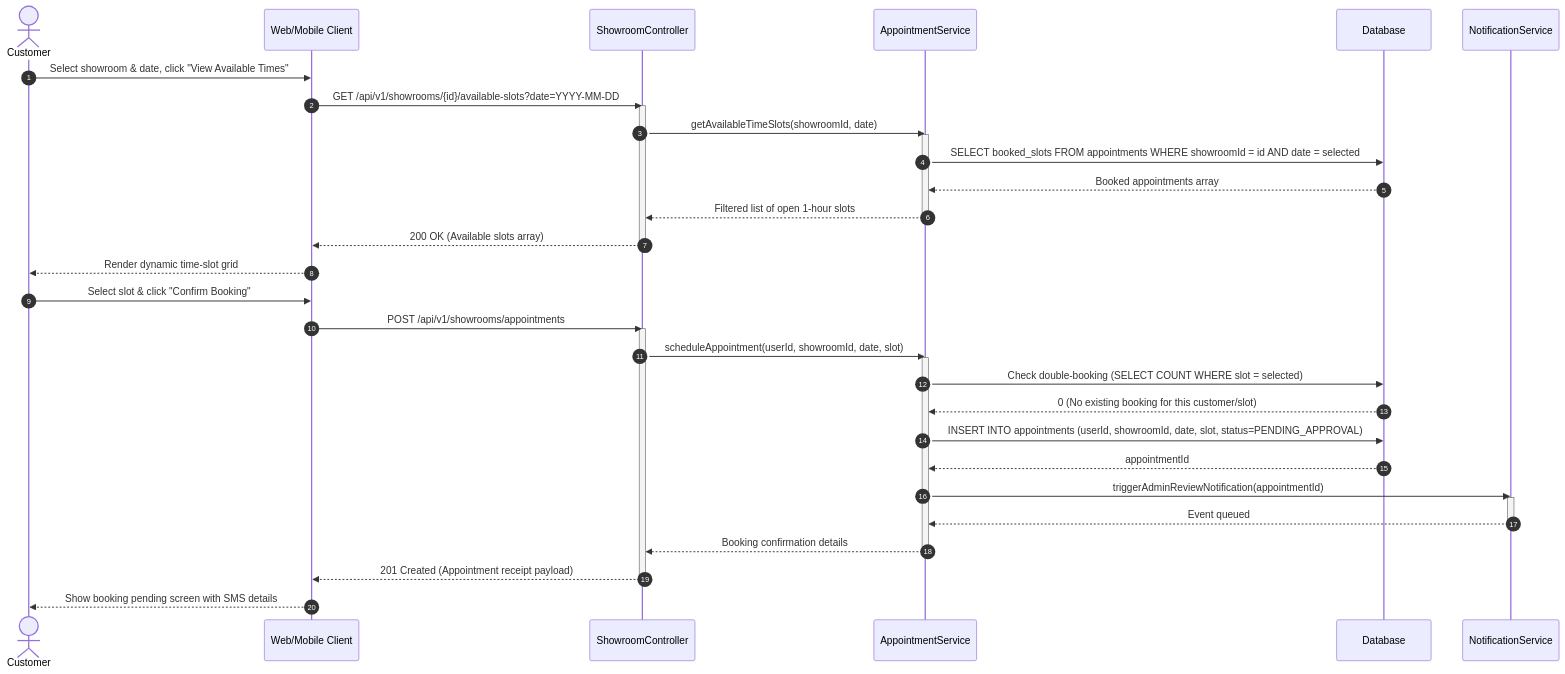
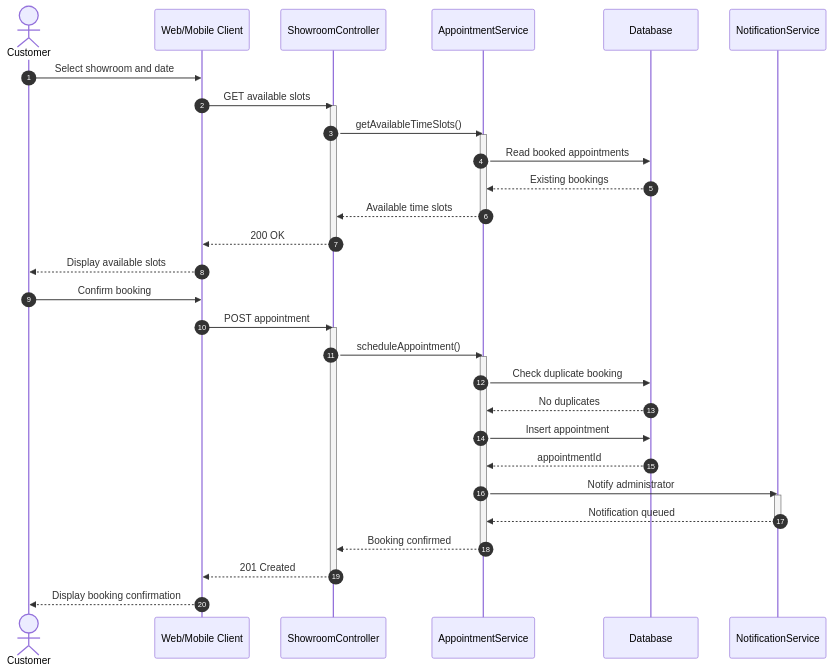
Before and after one commit to hananabedalkareemabololy/RuqiStore-Documentation: the second of 5 diagrams in Final Project Sample/07-uml-behavioral.md, drawn with Mermaid. The commit also changed other lines of this file, not shown here.

````diff
--- a/Final Project Sample/07-uml-behavioral.md
+++ b/Final Project Sample/07-uml-behavioral.md
@@ -72,66 +76,58 @@
 ```mermaid
 sequenceDiagram
     autonumber
 
     actor C as Customer
     participant UI as Web/Mobile Client
     participant SC as ShowroomController
     participant AS as AppointmentService
     participant DB as Database
     participant NS as NotificationService
 
-    C->>UI: Select showroom & date, click "View Available Times"
+    C->>UI: Select showroom and date
 
-    UI->>SC: GET /api/v1/showrooms/{id}/available-slots?date=YYYY-MM-DD
-
+    UI->>SC: GET available slots
     activate SC
 
-    SC->>AS: getAvailableTimeSlots(showroomId, date)
-
+    SC->>AS: getAvailableTimeSlots()
     activate AS
 
-    AS->>DB: SELECT booked_slots FROM appointments WHERE showroomId = id AND date = selected
-    DB-->>AS: Booked appointments array
+    AS->>DB: Read booked appointments
+    DB-->>AS: Existing bookings
 
-    AS-->>SC: Filtered list of open 1-hour slots
-
+    AS-->>SC: Available time slots
     deactivate AS
 
-    SC-->>UI: 200 OK (Available slots array)
-
+    SC-->>UI: 200 OK
     deactivate SC
 
-    UI-->>C: Render dynamic time-slot grid
+    UI-->>C: Display available slots
 
-    C->>UI: Select slot & click "Confirm Booking"
+    C->>UI: Confirm booking
 
-    UI->>SC: POST /api/v1/showrooms/appointments
-
+    UI->>SC: POST appointment
     activate SC
 
-    SC->>AS: scheduleAppointment(userId, showroomId, date, slot)
-
+    SC->>AS: scheduleAppointment()
     activate AS
 
-    AS->>DB: Check double-booking (SELECT COUNT WHERE slot = selected)
-    DB-->>AS: 0 (No existing booking for this customer/slot)
+    AS->>DB: Check duplicate booking
+    DB-->>AS: No duplicates
 
-    AS->>DB: INSERT INTO appointments (userId, showroomId, date, slot, status=PENDING_APPROVAL)
+    AS->>DB: Insert appointment
     DB-->>AS: appointmentId
 
-    AS->>NS: triggerAdminReviewNotification(appointmentId)
+    AS->>NS: Notify administrator
 
     activate NS
-    NS-->>AS: Event queued
+    NS-->>AS: Notification queued
     deactivate NS
 
-    AS-->>SC: Booking confirmation details
-
+    AS-->>SC: Booking confirmed
     deactivate AS
 
-    SC-->>UI: 201 Created (Appointment receipt payload)
-
+    SC-->>UI: 201 Created
     deactivate SC
 
-    UI-->>C: Show booking pending screen with SMS details
+    UI-->>C: Display booking confirmation
 ```
````
